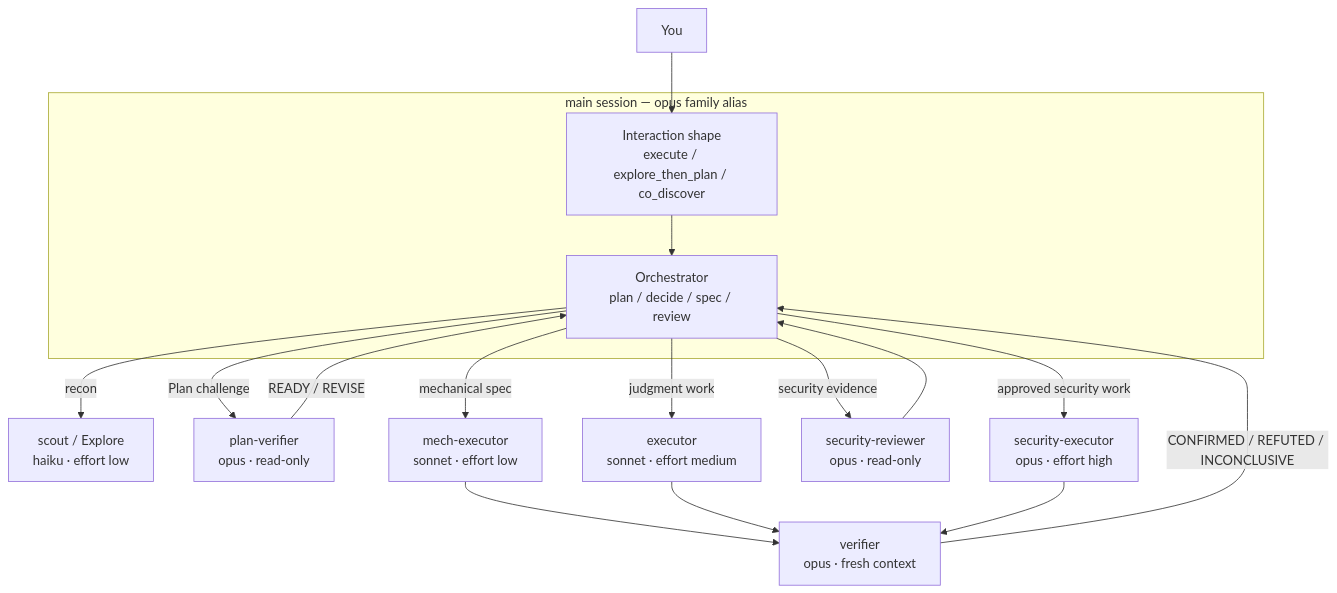
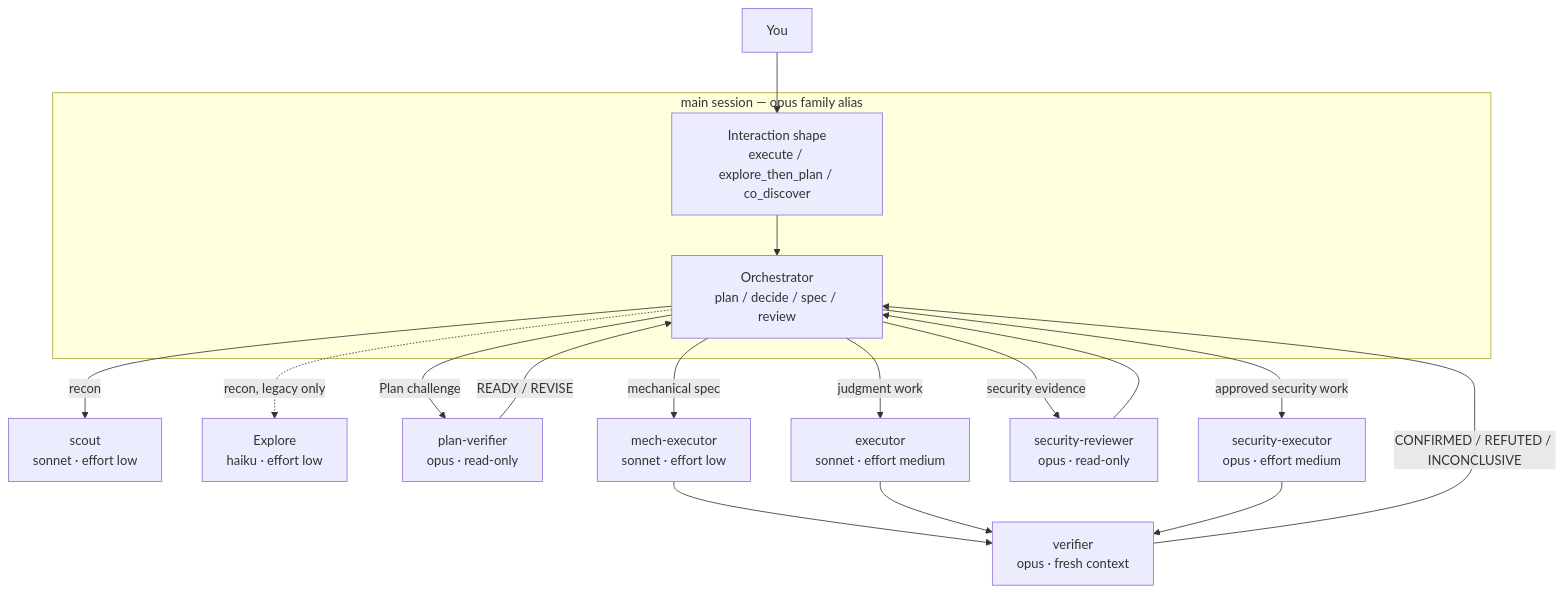
The diagram in README.md (Nanako0129/pilotfish), drawn with Mermaid before and after one commit. The commit also changed other lines of this file and 14 other files, not shown here.

First line of the commit message:
feat(roles): route scout to Sonnet and run security-executor at medium effort

````diff
--- a/README.md
+++ b/README.md
@@ -58,30 +58,32 @@
 ```mermaid
 flowchart TD
     U["You"] --> I
     subgraph MAIN["main session — opus family alias"]
         I["Interaction shape
 execute / explore_then_plan / co_discover"]
         I --> O
         O["Orchestrator
 plan / decide / spec / review"]
     end
-    O -->|recon| S["scout / Explore
+    O -->|recon| S["scout
+sonnet · effort low"]
+    O -.->|recon, legacy only| X["Explore
 haiku · effort low"]
     O -->|Plan challenge| PV["plan-verifier
 opus · read-only"]
     PV -->|READY / REVISE| O
     O -->|mechanical spec| M["mech-executor
 sonnet · effort low"]
     O -->|judgment work| E["executor
 sonnet · effort medium"]
     O -->|security evidence| SR["security-reviewer
 opus · read-only"]
     SR --> O
     O -->|approved security work| SEC["security-executor
-opus · effort high"]
+opus · effort medium"]
     M --> V["verifier
 opus · fresh context"]
     E --> V
     SEC --> V
     V -->|CONFIRMED / REFUTED / INCONCLUSIVE| O
 ```
````
